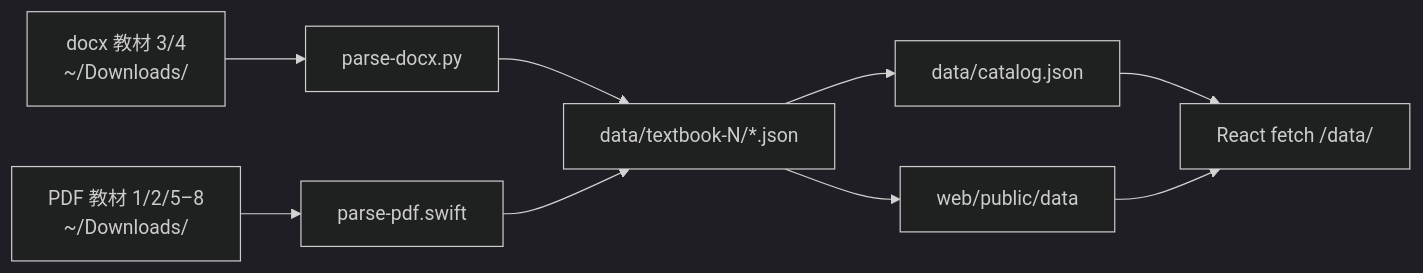
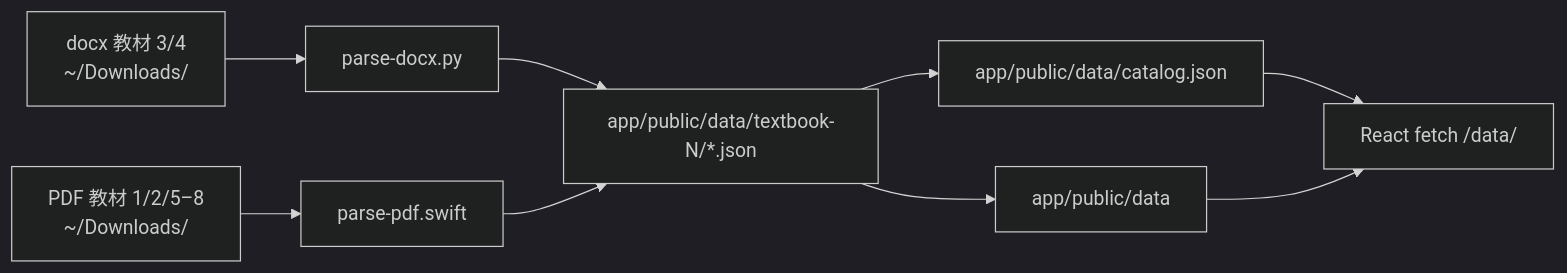
One commit to charles-ai-9/rootgraph changed the diagram in HANDOFF.md. Above: the diagram before and after it, drawn with Mermaid (dark theme). The commit also changed other lines of this file and 472 other files, not shown here.

````diff
--- a/HANDOFF.md
+++ b/HANDOFF.md
@@ -135,18 +138,18 @@
 ```mermaid
 flowchart LR
   DOCX["docx 教材 3/4<br/>~/Downloads/"]
   PDF["PDF 教材 1/2/5–8<br/>~/Downloads/"]
   PY["parse-docx.py"]
   SWIFT["parse-pdf.swift"]
-  DATA["data/textbook-N/*.json"]
-  CAT["data/catalog.json"]
-  PUB["web/public/data"]
+  DATA["app/public/data/textbook-N/*.json"]
+  CAT["app/public/data/catalog.json"]
+  PUB["app/public/data"]
   WEB["React fetch /data/"]
 
   DOCX --> PY --> DATA
   PDF --> SWIFT --> DATA
   DATA --> CAT
   DATA --> PUB
   CAT --> WEB
   PUB --> WEB
 ```
````
